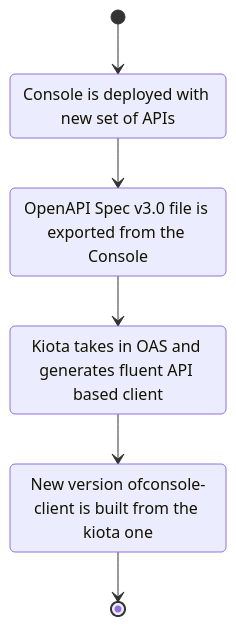
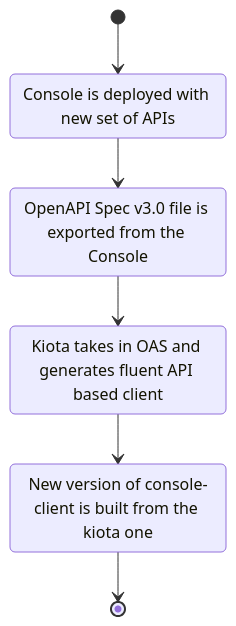
Before and after one commit to mia-platform/console-sdk: the diagram in packages/console-client/README.md, drawn with Mermaid. The commit also changed 1 other file, not shown here.

Commit message:
fixed kiota dependencies

````diff
--- a/packages/console-client/README.md
+++ b/packages/console-client/README.md
@@ -17,15 +17,15 @@
 ```mermaid
 stateDiagram
     %% direction LR
     state "Console is deployed with new set of APIs" as deploy
     state "OpenAPI Spec v3.0 file is exported from the Console" as console
     state "Kiota takes in OAS and generates fluent API based client" as kiota
-    state "New version ofconsole-client is built from the kiota one" as client
+    state "New version of console-client is built from the kiota one" as client
 
 
     [*] --> deploy
     deploy --> console
     console --> kiota
     kiota --> client
     client --> [*]
 ```
````
